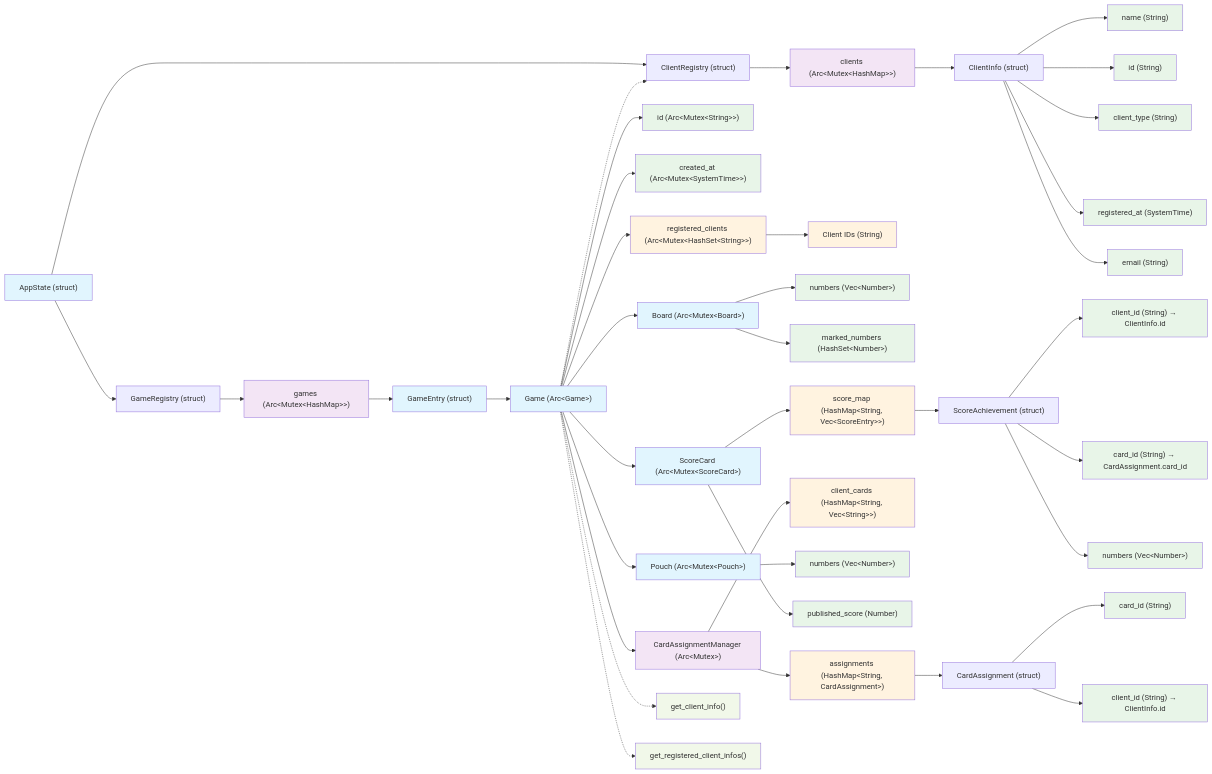
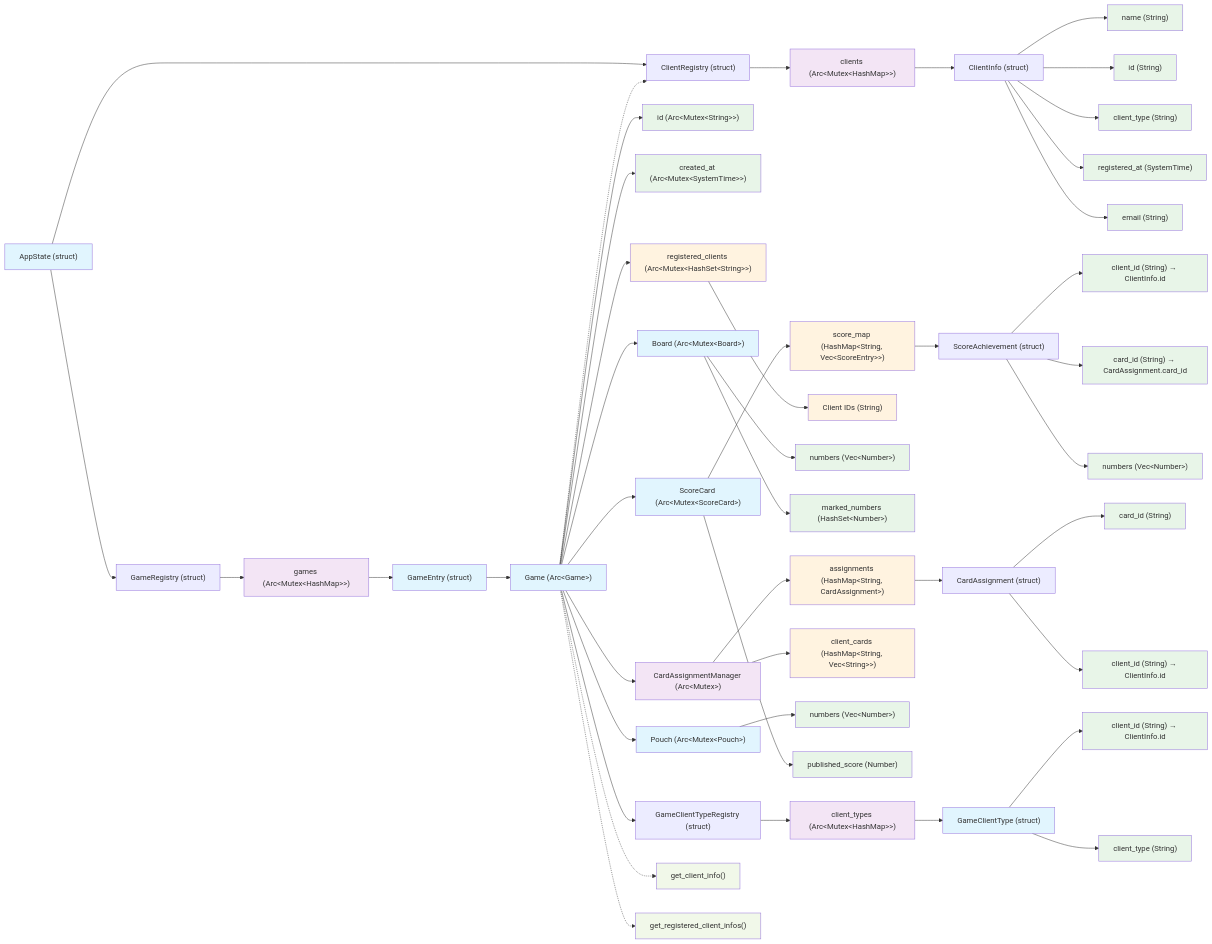
The diagram in docs/DATA.md (badbat75/tombola), drawn with Mermaid before and after one commit. The commit also changed other lines of this file and 14 other files, not shown here.

First line of the commit message:
feat: implement game-specific client type authorization system

````diff
--- a/docs/DATA.md
+++ b/docs/DATA.md
@@ -7,63 +7,69 @@
 ```mermaid
 graph LR
     AppState["AppState (struct)"] --> GCR["ClientRegistry (struct)"]
     AppState --> GameReg["GameRegistry (struct)"]
     
     GCR --> ClientsArc["clients (Arc&lt;Mutex&lt;HashMap&gt;&gt;)"]
     ClientsArc --> CI["ClientInfo (struct)"]
     CI --> Name["name (String)"]
     CI --> ID["id (String)"]
     CI --> Type["client_type (String)"]
     CI --> TS["registered_at (SystemTime)"]
     CI --> Email["email (String)"]
     
     GameReg --> GameMap["games (Arc&lt;Mutex&lt;HashMap&gt;&gt;)"]
     GameMap --> GameEntry["GameEntry (struct)"]
     GameEntry --> Game["Game (Arc&lt;Game&gt;)"]
     
     Game --> GameID["id (Arc&lt;Mutex&lt;String&gt;&gt;)"]
     Game --> CreatedAt["created_at (Arc&lt;Mutex&lt;SystemTime&gt;&gt;)"]
     Game --> RC["registered_clients (Arc&lt;Mutex&lt;HashSet&lt;String&gt;&gt;)"]
     Game --> Board["Board (Arc&lt;Mutex&lt;Board&gt;)"]
     Game --> Pouch["Pouch (Arc&lt;Mutex&lt;Pouch&gt;)"]
     Game --> ScoreCard["ScoreCard (Arc&lt;Mutex&lt;ScoreCard&gt;)"]
     Game --> CardMgr["CardAssignmentManager (Arc&lt;Mutex&gt;)"]
+    Game --> GCTR["GameClientTypeRegistry (struct)"]
     
     Game -.-> GCR
     Game -.-> ClientRef["get_client_info()"]
     Game -.-> ClientInfos["get_registered_client_infos()"]
+    
+    GCTR --> ClientTypes["client_types (Arc&lt;Mutex&lt;HashMap&gt;&gt;)"]
+    ClientTypes --> GameClientType["GameClientType (struct)"]
+    GameClientType --> GCTClientID["client_id (String) → ClientInfo.id"]
+    GameClientType --> GCTType["client_type (String)"]
     
     RC --> ClientIDs["Client IDs (String)"]
     
     Board --> Numbers["numbers (Vec&lt;Number&gt;)"]
     Board --> MarkedNums["marked_numbers (HashSet&lt;Number&gt;)"]
     
     CardMgr --> Assignments["assignments (HashMap&lt;String, CardAssignment&gt;)"]
     CardMgr --> ClientCards["client_cards (HashMap&lt;String, Vec&lt;String&gt;&gt;)"]
     
     Assignments --> CardAssign["CardAssignment (struct)"]
     CardAssign --> CardID["card_id (String)"]
     CardAssign --> ClientID["client_id (String) → ClientInfo.id"]
     
     Pouch --> PouchNums["numbers (Vec&lt;Number&gt;)"]
     
     ScoreCard --> Score["published_score (Number)"]
     ScoreCard --> ScoreMap["score_map (HashMap&lt;String, Vec&lt;ScoreEntry&gt;&gt;)"]
     
     ScoreMap --> ScoreEntry["ScoreAchievement (struct)"]
     ScoreEntry --> SCClientID["client_id (String) → ClientInfo.id"]
     ScoreEntry --> SCCardID["card_id (String) → CardAssignment.card_id"]
     ScoreEntry --> SCNumbers["numbers (Vec&lt;Number&gt;)"]
     
     classDef struct fill:#e1f5fe
     classDef wrapper fill:#f3e5f5
     classDef field fill:#e8f5e8
     classDef collection fill:#fff3e0
     classDef method fill:#f1f8e9
     
-    class AppState,Game,GameEntry,ClientInfo,Board,Pouch,ScoreCard,CardAssignmentManager,CardAssignment,ClientRegistry,GameRegistry struct
-    class ClientsArc,GameMap,CardMgr wrapper
-    class Name,ID,Type,TS,Email,GameID,CreatedAt,Numbers,MarkedNums,PouchNums,Score,CardID,ClientID,SCClientID,SCCardID,SCNumbers field
+    class AppState,Game,GameEntry,ClientInfo,Board,Pouch,ScoreCard,CardAssignmentManager,CardAssignment,ClientRegistry,GameRegistry,GameClientTypeRegistry,GameClientType struct
+    class ClientsArc,GameMap,CardMgr,ClientTypes wrapper
+    class Name,ID,Type,TS,Email,GameID,CreatedAt,Numbers,MarkedNums,PouchNums,Score,CardID,ClientID,SCClientID,SCCardID,SCNumbers,GCTClientID,GCTType field
     class RC,ClientIDs,Assignments,ClientCards,ScoreMap collection
     class ClientRef,ClientInfos,ScoreAchievement method
 ```
````
